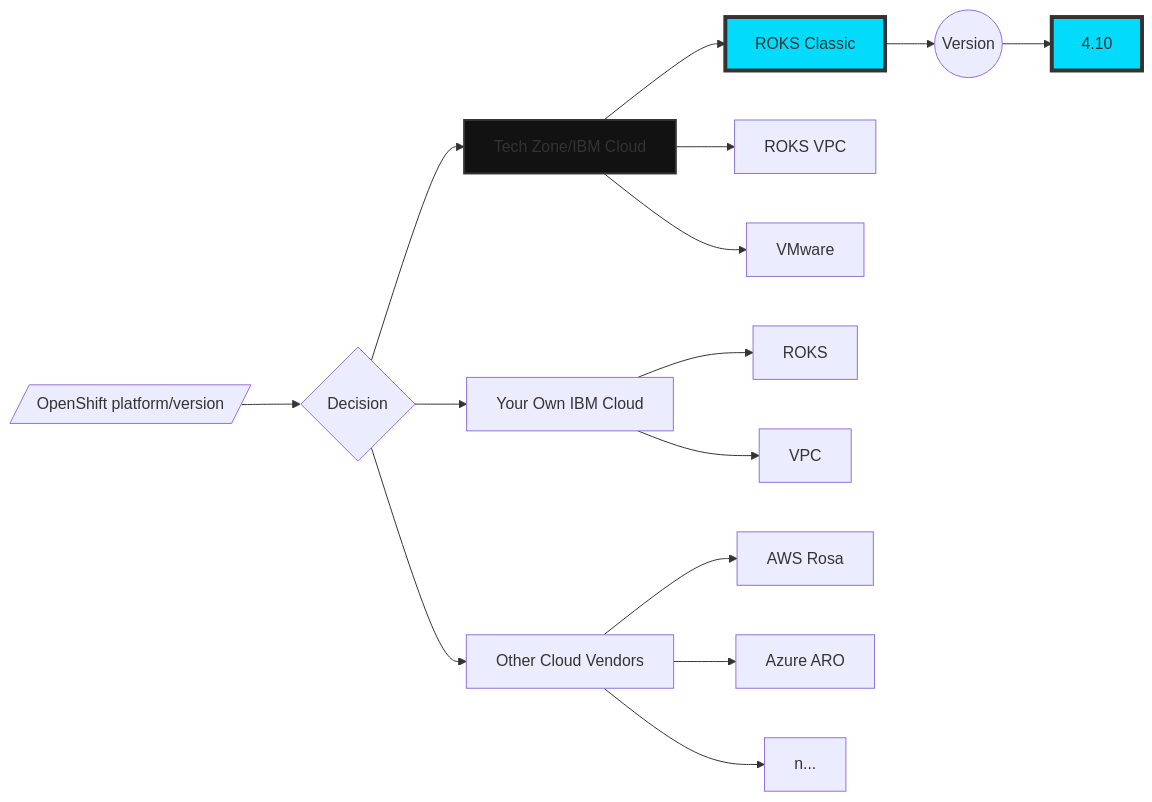
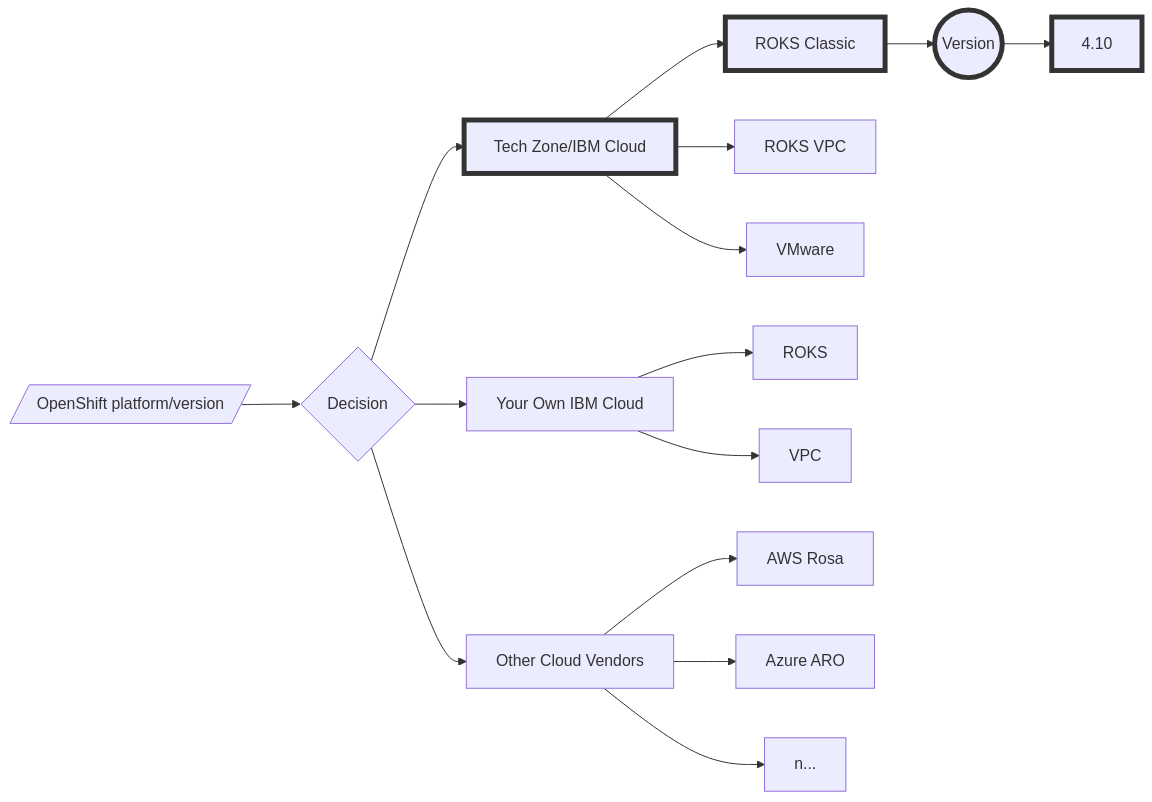
Before and after one commit to IBM/my-tas-cookbook: the first of 4 diagrams in IBM_Tririga_Application_Suite_11_3_ROKS.md, drawn with Mermaid. The commit also changed other lines of this file, not shown here.

````diff
--- a/IBM_Tririga_Application_Suite_11_3_ROKS.md
+++ b/IBM_Tririga_Application_Suite_11_3_ROKS.md
@@ -81,17 +81,18 @@
 ```mermaid
 flowchart LR
     id1[/OpenShift platform/version/] --> B{Decision}
     B --> C[Tech Zone/IBM Cloud] --> D[ROKS Classic] --> E((Version)) --> F[4.10]
     C --> G[ROKS VPC]
     C --> H[VMware]
     B --> I[Your Own IBM Cloud]
     I --> J[ROKS]
     I --> K[VPC]
     B --> L[Other Cloud Vendors]
     L --> M[AWS Rosa]
     L --> N[Azure ARO]
     L --> O[n...]
-    style C fill:#121212,stroke:#333,stroke-width:2px
-    style D fill:#03dbfc,stroke:#333,stroke-width:4px
-    style F fill:#03dbfc,stroke:#333,stroke-width:4px
+    style E stroke:#333,stroke-width:5px
+    style C stroke:#333,stroke-width:5px
+    style D stroke:#333,stroke-width:5px
+    style F stroke:#333,stroke-width:5px
 ```
````
